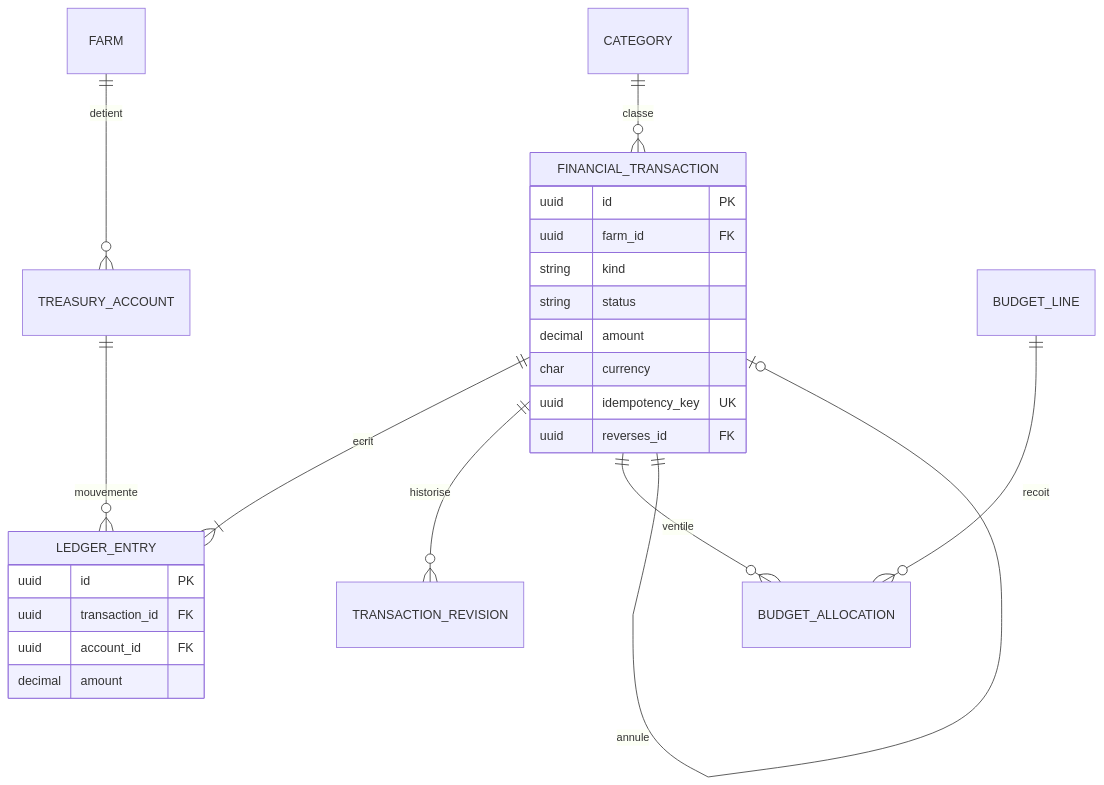
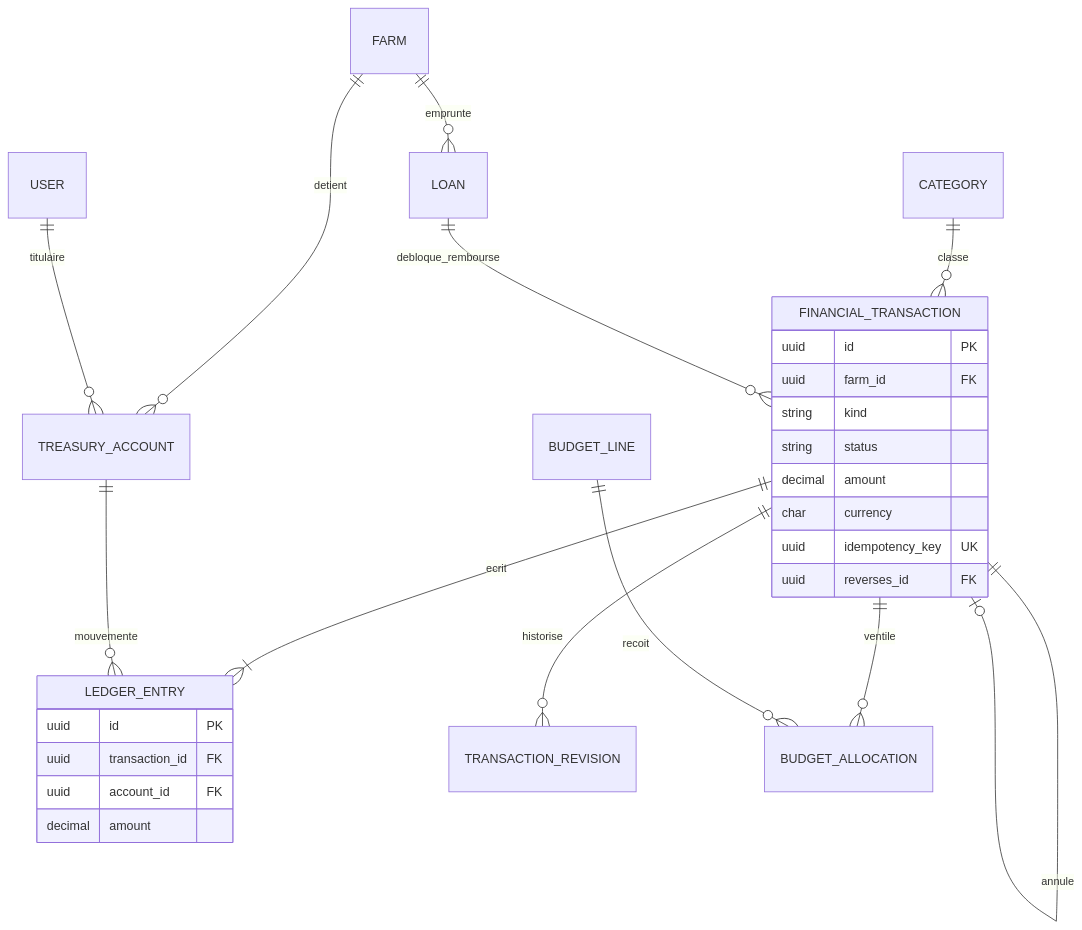
The third of 4 diagrams in DATABASE_SCHEMA.md (robland/farm-management), drawn with Mermaid before and after one commit. The commit also changed other lines of this file and 20 other files, not shown here.

````diff
--- a/DATABASE_SCHEMA.md
+++ b/DATABASE_SCHEMA.md
@@ -508,27 +513,30 @@
 ```mermaid
 erDiagram
   FARM ||--o{ TREASURY_ACCOUNT : detient
   FINANCIAL_TRANSACTION ||--|{ LEDGER_ENTRY : ecrit
   TREASURY_ACCOUNT ||--o{ LEDGER_ENTRY : mouvemente
   FINANCIAL_TRANSACTION ||--o{ TRANSACTION_REVISION : historise
   FINANCIAL_TRANSACTION ||--o{ BUDGET_ALLOCATION : ventile
   BUDGET_LINE ||--o{ BUDGET_ALLOCATION : recoit
   FINANCIAL_TRANSACTION ||--o| FINANCIAL_TRANSACTION : annule
   CATEGORY ||--o{ FINANCIAL_TRANSACTION : classe
+  USER ||--o{ TREASURY_ACCOUNT : titulaire
+  FARM ||--o{ LOAN : emprunte
+  LOAN ||--o{ FINANCIAL_TRANSACTION : debloque_rembourse
   FINANCIAL_TRANSACTION {
     uuid id PK
     uuid farm_id FK
     string kind
     string status
     decimal amount
     char currency
     uuid idempotency_key UK
     uuid reverses_id FK
   }
   LEDGER_ENTRY {
     uuid id PK
     uuid transaction_id FK
     uuid account_id FK
     decimal amount
   }
 ```
````
